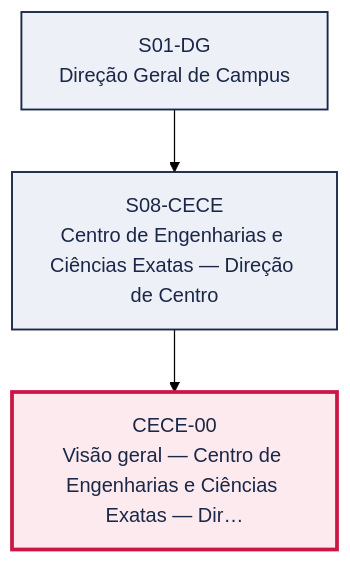
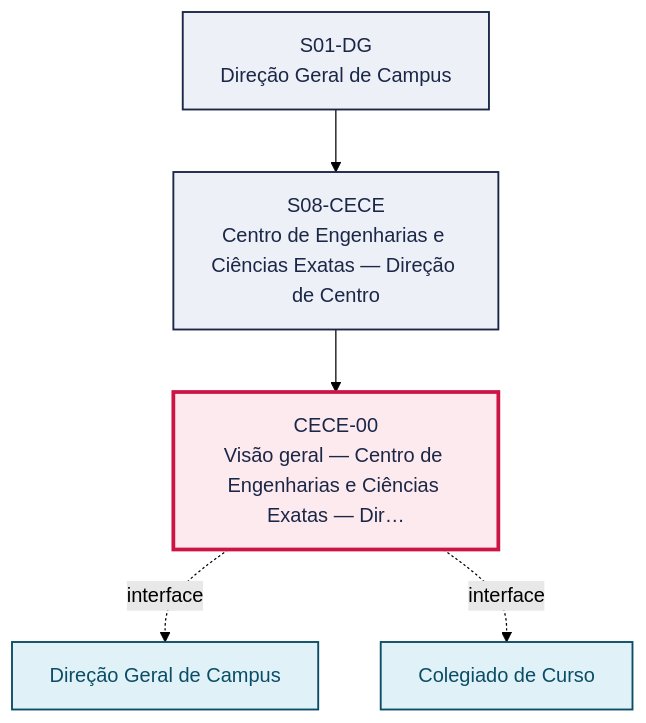
One commit to jessefers/canvas-vivo-atdg changed the first of 2 diagrams in pops/CECE/CECE-00.md. Above: the diagram before and after it, drawn with Mermaid (forest theme). The commit also changed other lines of this file and 9 other files, not shown here.

````diff
--- a/pops/CECE/CECE-00.md
+++ b/pops/CECE/CECE-00.md
@@ -49,13 +52,18 @@
 ```mermaid
 graph TD
   S01_DG["S01-DG<br/>Direção Geral de Campus"]
   S08_CECE["S08-CECE<br/>Centro de Engenharias e Ciências Exatas — Direção de Centro"]
   S01_DG --> S08_CECE
   P["CECE-00<br/>Visão geral — Centro de Engenharias e Ciências Exatas — Dir…"]
   S08_CECE --> P
+  V1["Direção Geral de Campus"]
+  P -. interface .-> V1
+  V2["Colegiado de Curso"]
+  P -. interface .-> V2
   classDef setor fill:#EEF0F7,stroke:#1B2747,stroke-width:1.5px,color:#1B2747
   classDef destaque fill:#FDEAEE,stroke:#CC1544,stroke-width:3px,color:#1B2747
   classDef vizinho fill:#E0F2F8,stroke:#0B4D66,stroke-width:1.5px,color:#0B4D66
   class S01_DG,S08_CECE setor
   class P destaque
+  class V1,V2 vizinho
 ```
````
